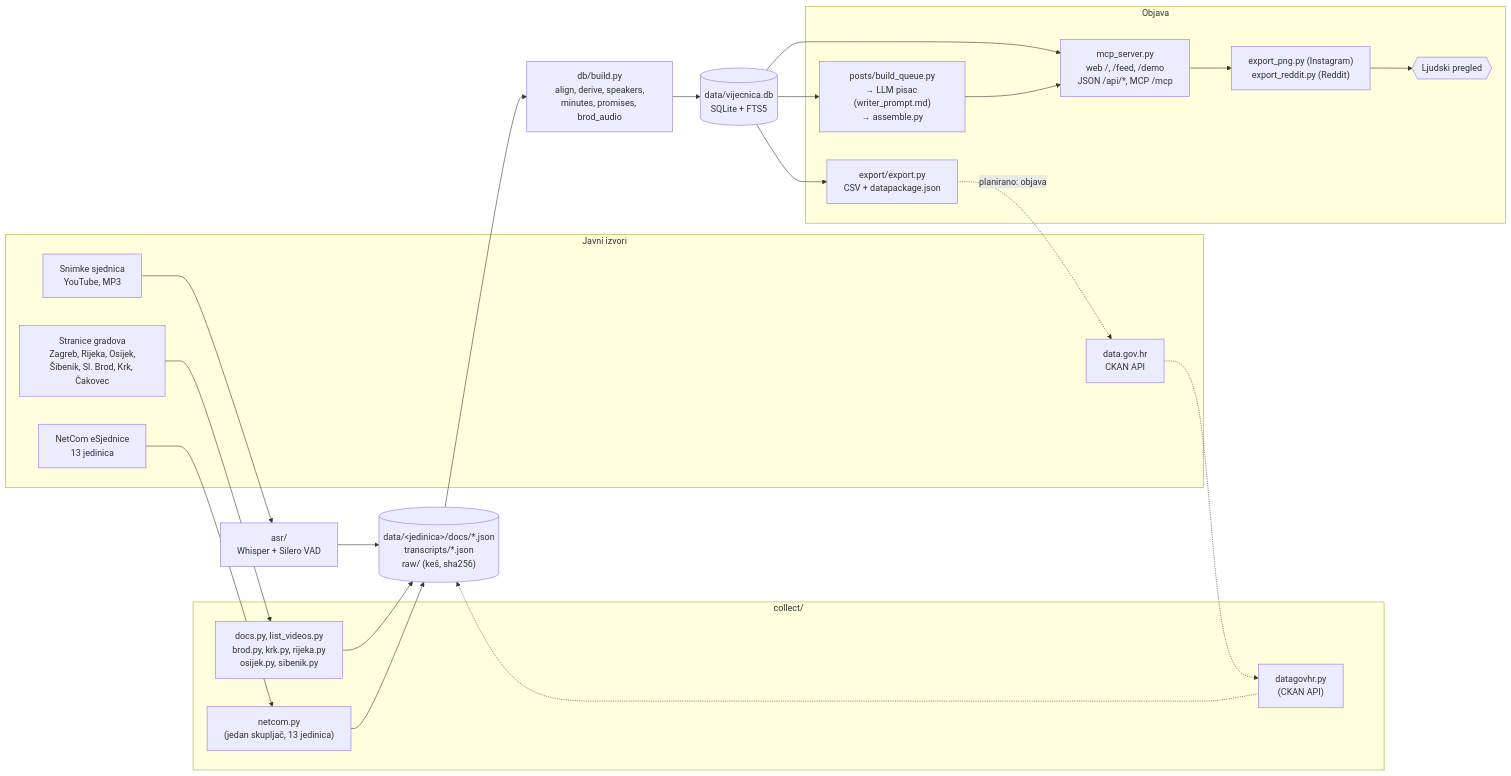
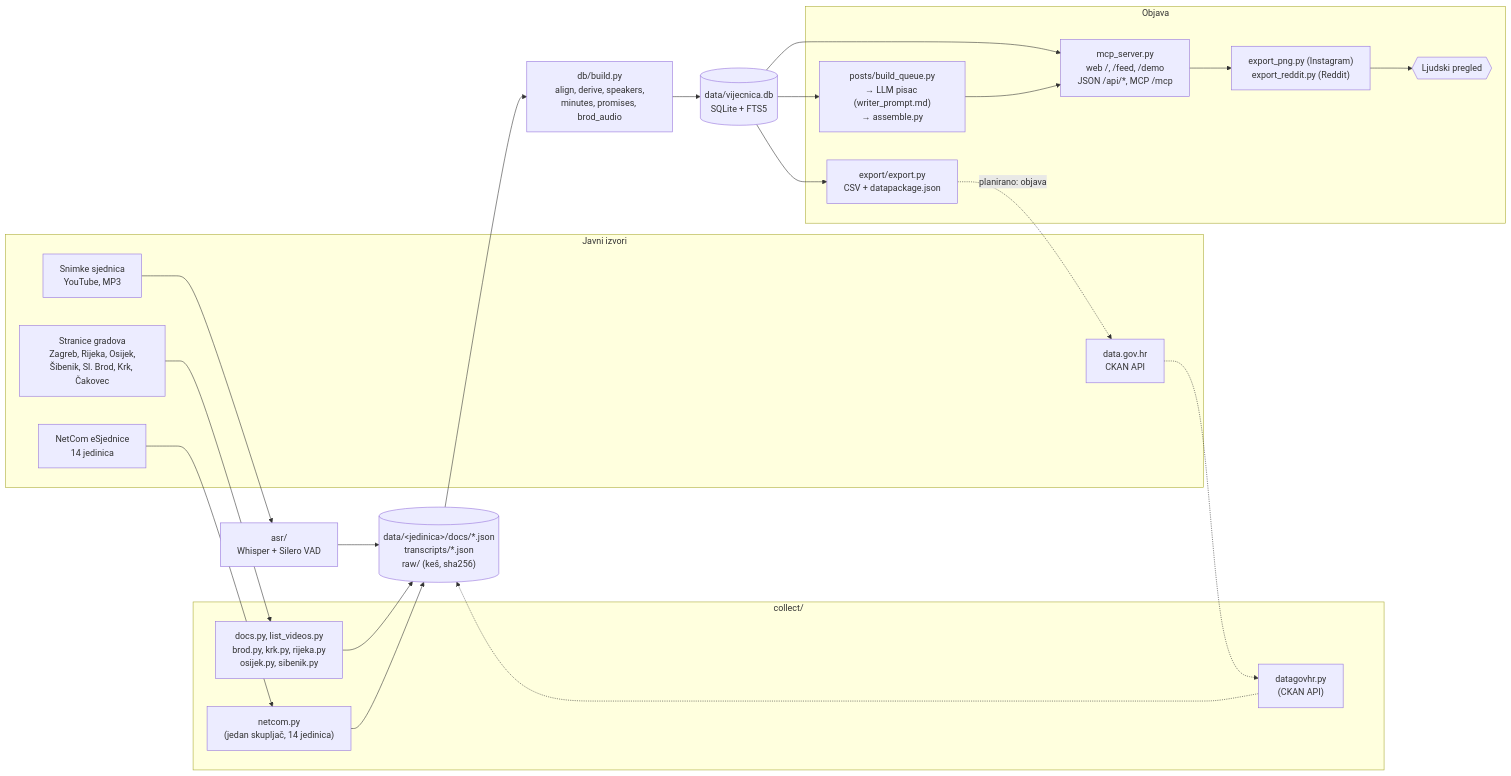
One commit to frenki1004/vijecnica changed the diagram in ARHITEKTURA.md. Above: the diagram before and after it, drawn with Mermaid. The commit also changed other lines of this file and 4 other files, not shown here.

````diff
--- a/ARHITEKTURA.md
+++ b/ARHITEKTURA.md
@@ -18,43 +18,43 @@
 ```mermaid
 flowchart LR
   subgraph Izvori["Javni izvori"]
     W["Stranice gradova<br/>Zagreb, Rijeka, Osijek,<br/>Šibenik, Sl. Brod, Krk, Čakovec"]
-    N["NetCom eSjednice<br/>13 jedinica"]
+    N["NetCom eSjednice<br/>14 jedinica"]
     Y["Snimke sjednica<br/>YouTube, MP3"]
     D["data.gov.hr<br/>CKAN API"]
   end
 
   subgraph Prikupljanje["collect/"]
     C1["docs.py, list_videos.py<br/>brod.py, krk.py, rijeka.py<br/>osijek.py, sibenik.py"]
-    C2["netcom.py<br/>(jedan skupljač, 13 jedinica)"]
+    C2["netcom.py<br/>(jedan skupljač, 14 jedinica)"]
     C3["datagovhr.py<br/>(CKAN API)"]
   end
 
   ASR["asr/<br/>Whisper + Silero VAD"]
   J[("data/&lt;jedinica&gt;/docs/*.json<br/>transcripts/*.json<br/>raw/ (keš, sha256)")]
   B["db/build.py<br/>align, derive, speakers,<br/>minutes, promises, brod_audio"]
   DB[("data/vijecnica.db<br/>SQLite + FTS5")]
 
   subgraph Objava
     S["mcp_server.py<br/>web /, /feed, /demo<br/>JSON /api/*, MCP /mcp"]
     E["export/export.py<br/>CSV + datapackage.json"]
     P["posts/build_queue.py<br/>→ LLM pisac (writer_prompt.md)<br/>→ assemble.py"]
     O["export_png.py (Instagram)<br/>export_reddit.py (Reddit)"]
     H{{"Ljudski pregled"}}
   end
 
   W --> C1
   N --> C2
   D -.-> C3
   Y --> ASR
   C1 --> J
   C2 --> J
   C3 -.-> J
   ASR --> J
   J --> B --> DB
   DB --> S
   DB --> E
   DB --> P --> S
   S --> O --> H
   E -. "planirano: objava" .-> D
 ```
````
